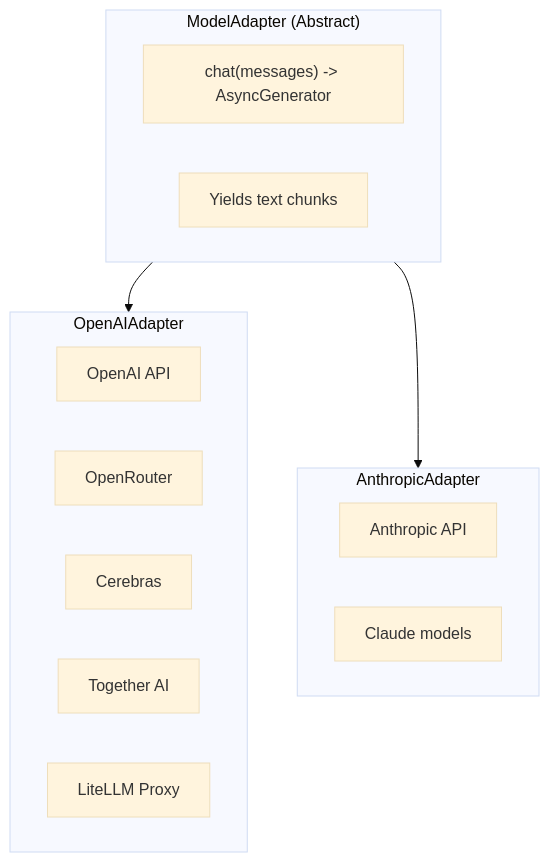
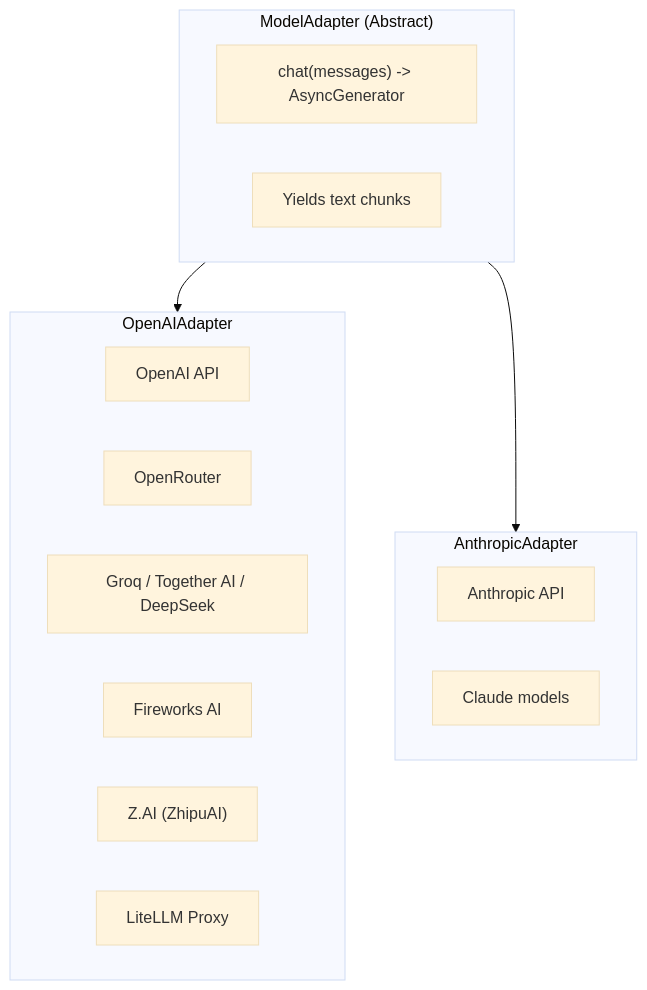
One commit to TesslateAI/Studio changed diagram 35 of 40 in docs/guides/agent-system-architecture.md. Above: the diagram before and after it, drawn with Mermaid (base theme). The commit also changed other lines of this file and 97 other files, not shown here.

````diff
--- a/docs/guides/agent-system-architecture.md
+++ b/docs/guides/agent-system-architecture.md
@@ -1114,23 +1114,24 @@
 ```mermaid
 flowchart TB
     subgraph Abstract["ModelAdapter (Abstract)"]
         A1["chat(messages) -> AsyncGenerator"]
         A2["Yields text chunks"]
     end
 
     subgraph OpenAI["OpenAIAdapter"]
         O1["OpenAI API"]
         O2["OpenRouter"]
-        O3["Cerebras"]
-        O4["Together AI"]
-        O5["LiteLLM Proxy"]
+        O3["Groq / Together AI / DeepSeek"]
+        O4["Fireworks AI"]
+        O5["Z.AI (ZhipuAI)"]
+        O6["LiteLLM Proxy"]
     end
 
     subgraph Anthropic["AnthropicAdapter"]
         AN1["Anthropic API"]
         AN2["Claude models"]
     end
 
     Abstract --> OpenAI
     Abstract --> Anthropic
 ```
````
